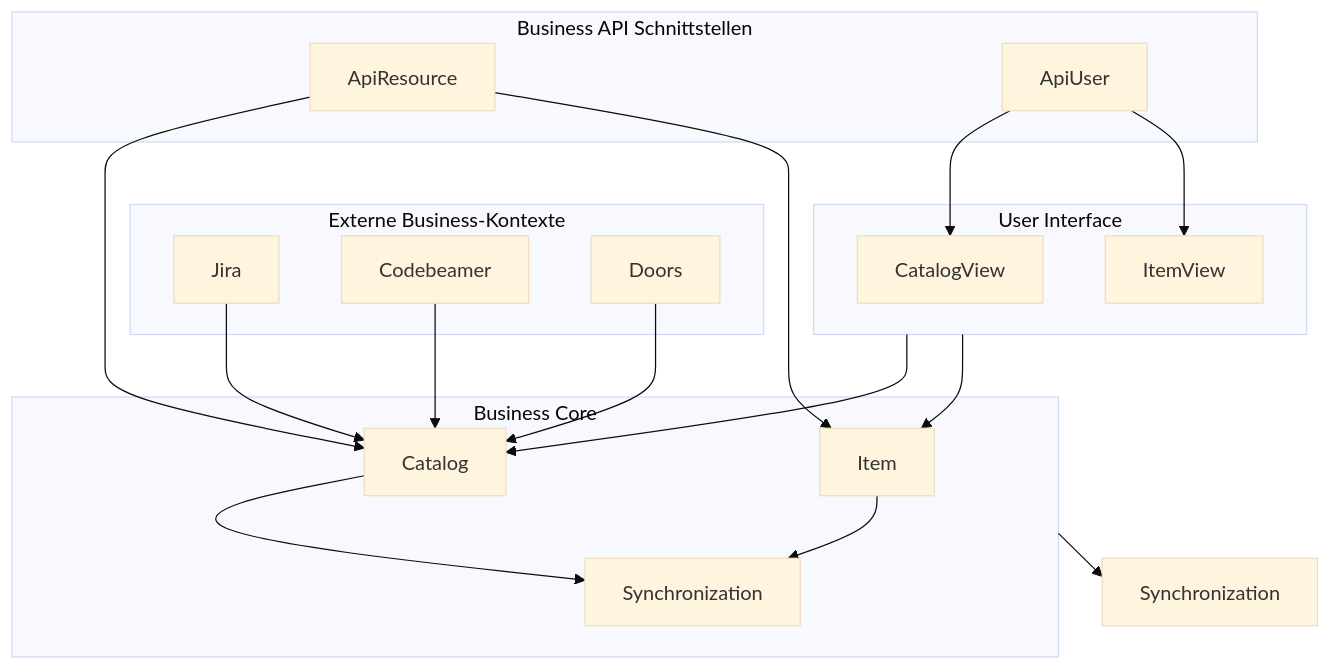
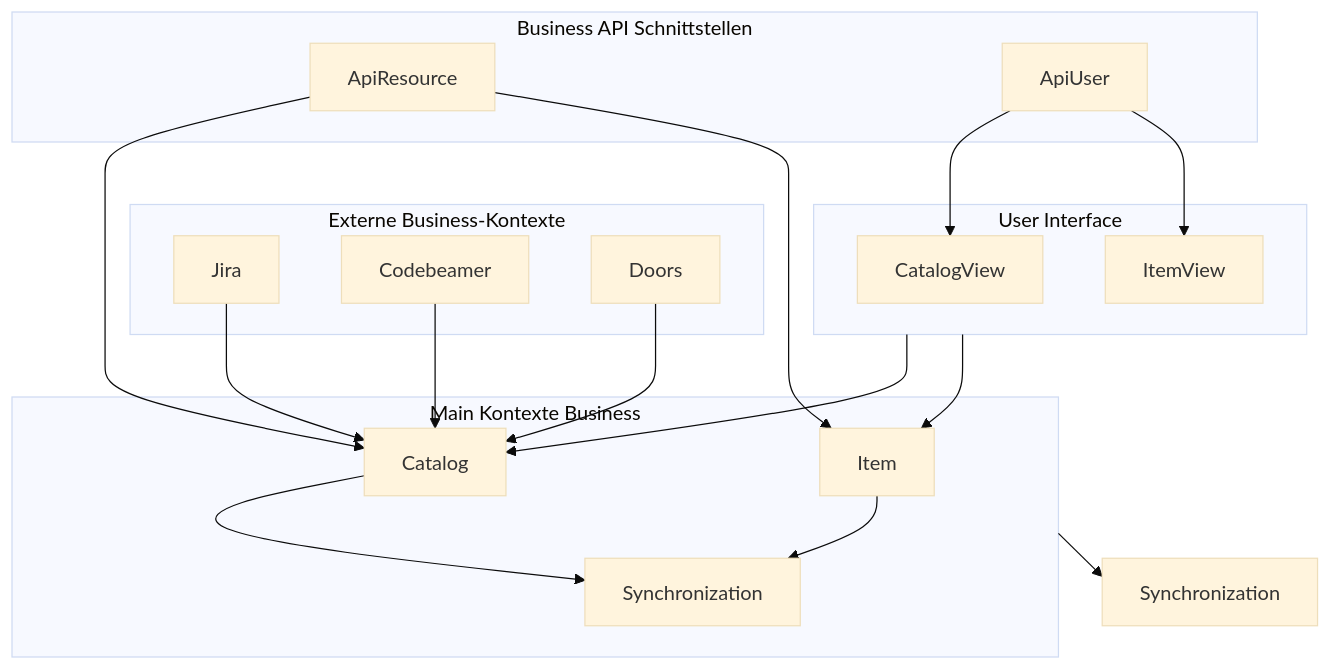
The fourth of 4 diagrams in blog/_draft.md (andreas-wagner-dev/object-oriented-learning-journey), drawn with Mermaid (base theme) before and after one commit. The commit also changed other lines of this file, not shown here.

````diff
--- a/blog/_draft.md
+++ b/blog/_draft.md
@@ -388,42 +416,42 @@
 ```mermaid
 graph TD
-    subgraph Core[Business Core]
+    subgraph Core[Main Kontexte Business]
         A[Catalog]
         B[Item]
         C[Synchronization]
     end
 
     subgraph ExternalContexts[Externe Business-Kontexte]
         J[Jira]
         CB[Codebeamer]
         D[Doors]
     end
 
     subgraph API[Business API Schnittstellen]
         API_Resource[ApiResource]
         API_User[ApiUser]
     end
 
     subgraph UI[User Interface]
         U_Catalog[CatalogView]
         U_Item[ItemView]
     end
 
     %% Abhängigkeitspfeile, nur wenn geschäftlich verlangt
     J --> A
     CB --> A
     D --> A
 
     UI --> A
     UI --> B
 
     API_Resource --> A
     API_Resource --> B
 
     API_User --> U_Catalog
     API_User --> U_Item
 
     Core --> Synchronization
     B --> C
     A --> C
 ```
````
